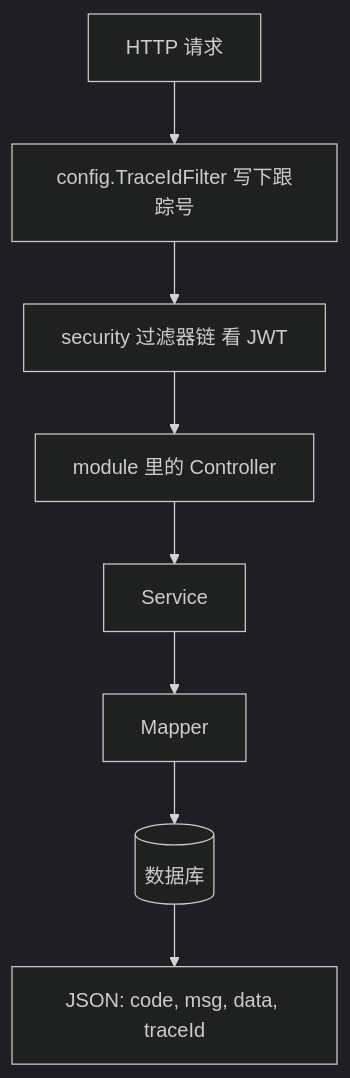
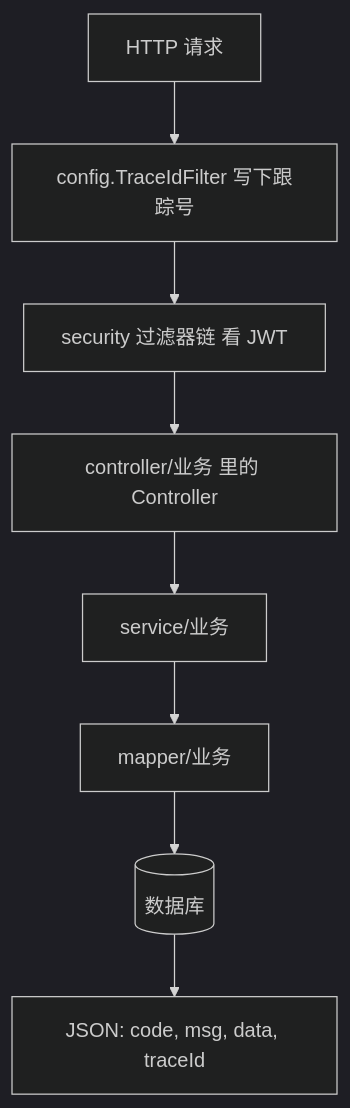
Before and after one commit to yicihou/zhongbang_controller: the second of 3 diagrams in docs/05-代码导读（初学者版）.md, drawn with Mermaid (dark theme). The commit also changed other lines of this file and 99 other files, not shown here.

````diff
--- a/docs/05-代码导读（初学者版）.md
+++ b/docs/05-代码导读（初学者版）.md
@@ -44,14 +44,14 @@
 ```mermaid
 flowchart TD
   http[HTTP 请求]
   trace[config.TraceIdFilter 写下跟踪号]
   sec[security 过滤器链 看 JWT]
-  ctl[module 里的 Controller]
-  svc[Service]
-  mapper[Mapper]
+  ctl["controller/业务 里的 Controller"]
+  svc["service/业务"]
+  mapper["mapper/业务"]
   db[(数据库)]
   json["JSON: code, msg, data, traceId"]
 
   http --> trace --> sec --> ctl --> svc --> mapper --> db
   db --> json
 ```
````
